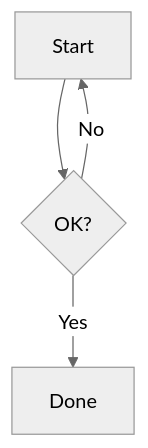
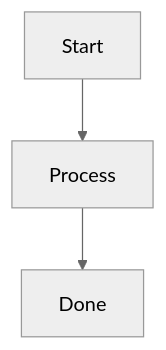
The first of 2 diagrams in lessons/flow.md (hiroki-imai/mmtutor), drawn with Mermaid (neutral theme) before and after one commit. The commit also changed other lines of this file and 11 other files, not shown here.

````diff
--- a/lessons/flow.md
+++ b/lessons/flow.md
@@ -10,6 +6,5 @@
 ```mermaid
 flowchart TD
-  A[Start] --> B{OK?}
-  B -- Yes --> C[Done]
-  B -- No --> A
+  A[Start] --> B[Process]
+  B --> C[Done]
 ```
````
